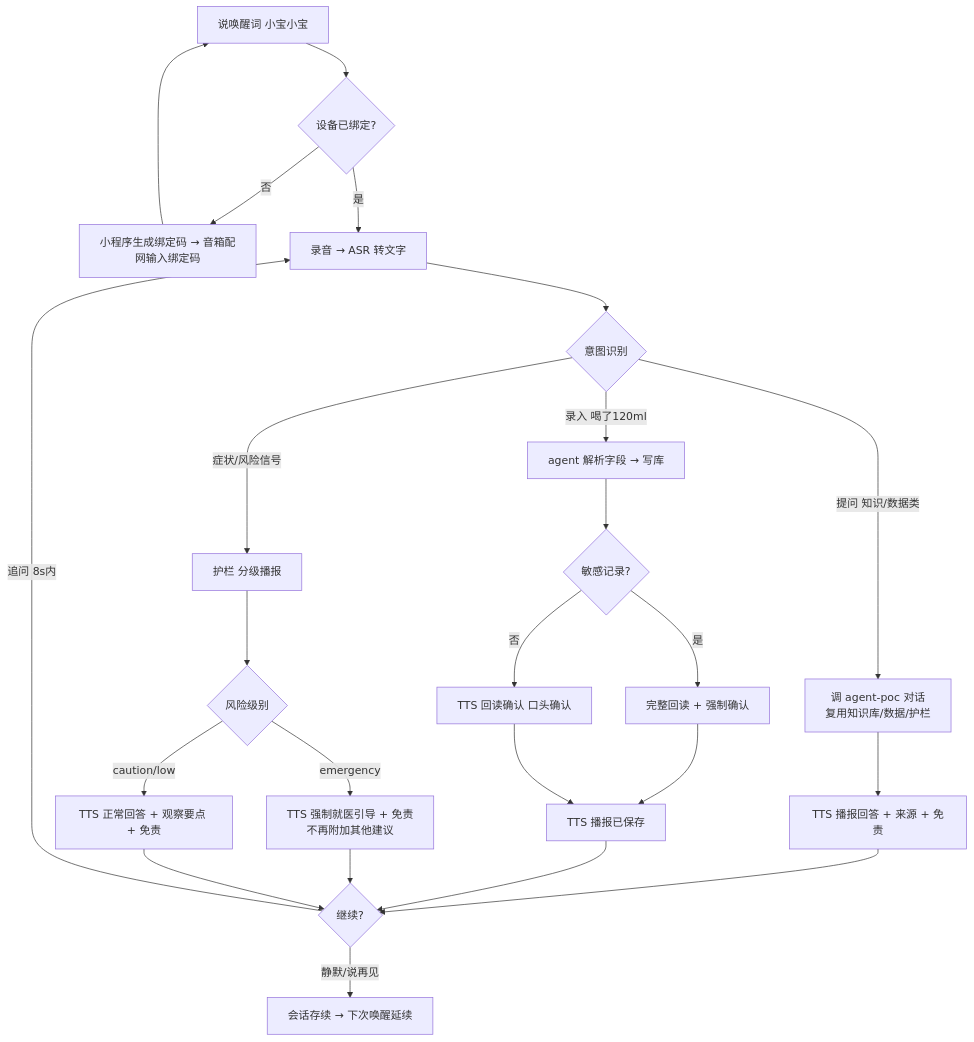
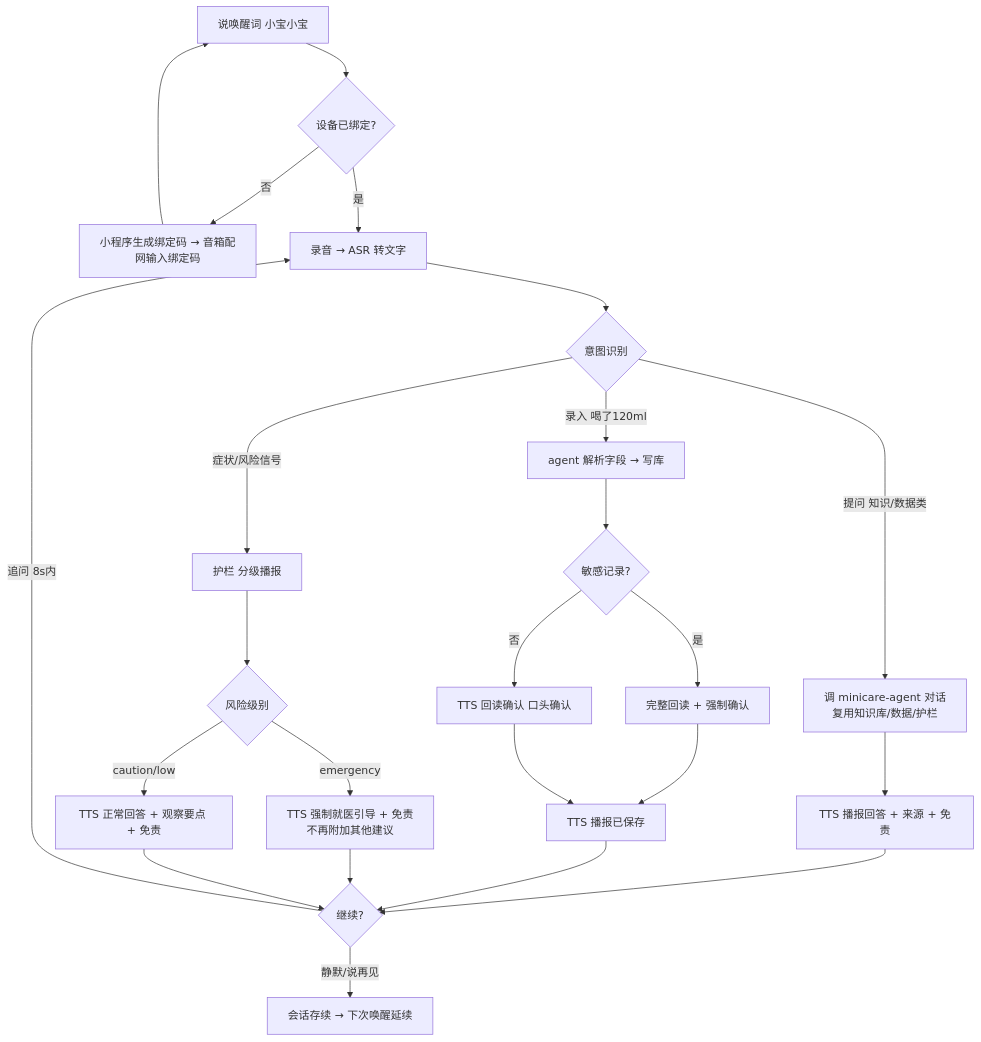
Before and after one commit to BingBlog/minicare: the first of 3 diagrams in docs/prd/PRD-004.md, drawn with Mermaid. The commit also changed other lines of this file and 187 other files, not shown here.

First line of the commit message:
chore(agent): agent-poc 更名为 minicare-agent（目录改名 + 全仓引用同步）

````diff
--- a/docs/prd/PRD-004.md
+++ b/docs/prd/PRD-004.md
@@ -33,26 +33,26 @@
 ```mermaid
 flowchart TD
   A[说唤醒词 小宝小宝] --> B{设备已绑定?}
   B -->|否| B1[小程序生成绑定码 → 音箱配网输入绑定码]
   B1 --> A
   B -->|是| C[录音 → ASR 转文字]
   C --> D{意图识别}
-  D -->|提问 知识/数据类| E[调 agent-poc 对话<br/>复用知识库/数据/护栏]
+  D -->|提问 知识/数据类| E[调 minicare-agent 对话<br/>复用知识库/数据/护栏]
   D -->|录入 喝了120ml| F[agent 解析字段 → 写库]
   D -->|症状/风险信号| G[护栏 分级播报]
   E --> H[TTS 播报回答 + 来源 + 免责]
   F --> F1{敏感记录?}
   F1 -->|是| F2[完整回读 + 强制确认]
   F2 --> F3[TTS 播报已保存]
   F1 -->|否| F4[TTS 回读确认 口头确认]
   F4 --> F3
   G --> G1{风险级别}
   G1 -->|emergency| G2[TTS 强制就医引导 + 免责<br/>不再附加其他建议]
   G1 -->|caution/low| G3[TTS 正常回答 + 观察要点 + 免责]
   H --> I{继续?}
   F3 --> I
   G2 --> I
   G3 --> I
   I -->|追问 8s内| C
   I -->|静默/说再见| J[会话存续 → 下次唤醒延续]
 ```
````
